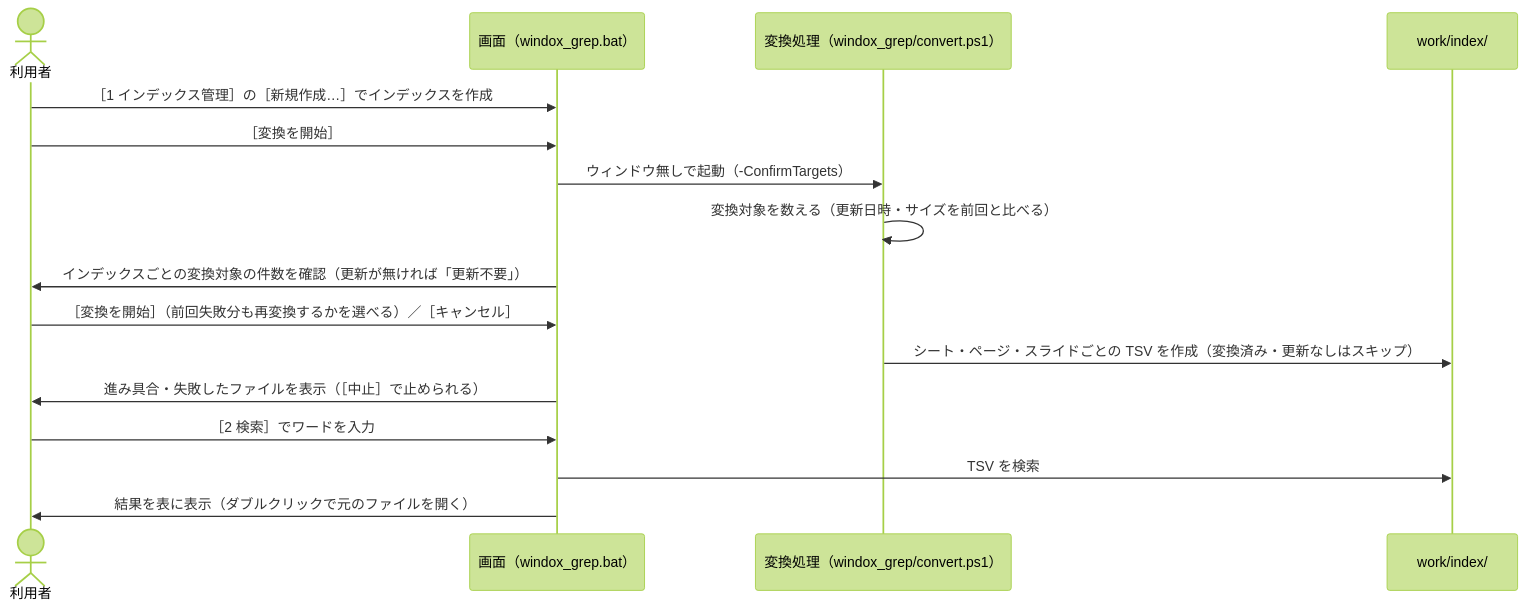
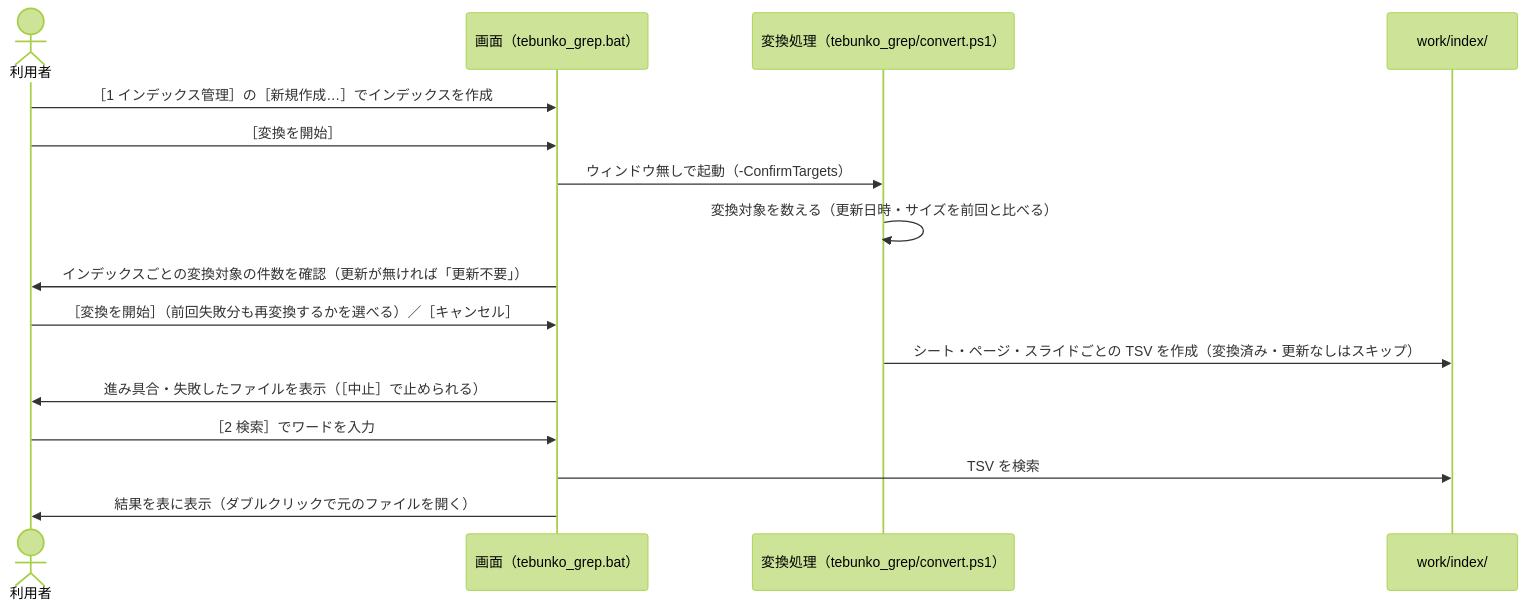
The second of 2 diagrams in docs/00_index.md (hsgwa/tebunko), drawn with Mermaid (forest theme) before and after one commit. The commit also changed other lines of this file and 108 other files, not shown here.

First line of the commit message:
リポジトリ名を tebunko にし、ツール名を tebunko_grep へ改める

````diff
--- a/docs/00_index.md
+++ b/docs/00_index.md
@@ -147,19 +147,19 @@
 ```mermaid
 sequenceDiagram
     actor U as 利用者
-    participant G as 画面（windox_grep.bat）
-    participant CV as 変換処理（windox_grep/convert.ps1）
+    participant G as 画面（tebunko_grep.bat）
+    participant CV as 変換処理（tebunko_grep/convert.ps1）
     participant W as work/index/
 
     U->>G: ［1 インデックス管理］の［新規作成…］でインデックスを作成
     U->>G: ［変換を開始］
     G->>CV: ウィンドウ無しで起動（-ConfirmTargets）
     CV->>CV: 変換対象を数える（更新日時・サイズを前回と比べる）
     G->>U: インデックスごとの変換対象の件数を確認（更新が無ければ「更新不要」）
     U->>G: ［変換を開始］（前回失敗分も再変換するかを選べる）／［キャンセル］
     CV->>W: シート・ページ・スライドごとの TSV を作成（変換済み・更新なしはスキップ）
     G->>U: 進み具合・失敗したファイルを表示（［中止］で止められる）
     U->>G: ［2 検索］でワードを入力
     G->>W: TSV を検索
     G->>U: 結果を表に表示（ダブルクリックで元のファイルを開く）
 ```
````
